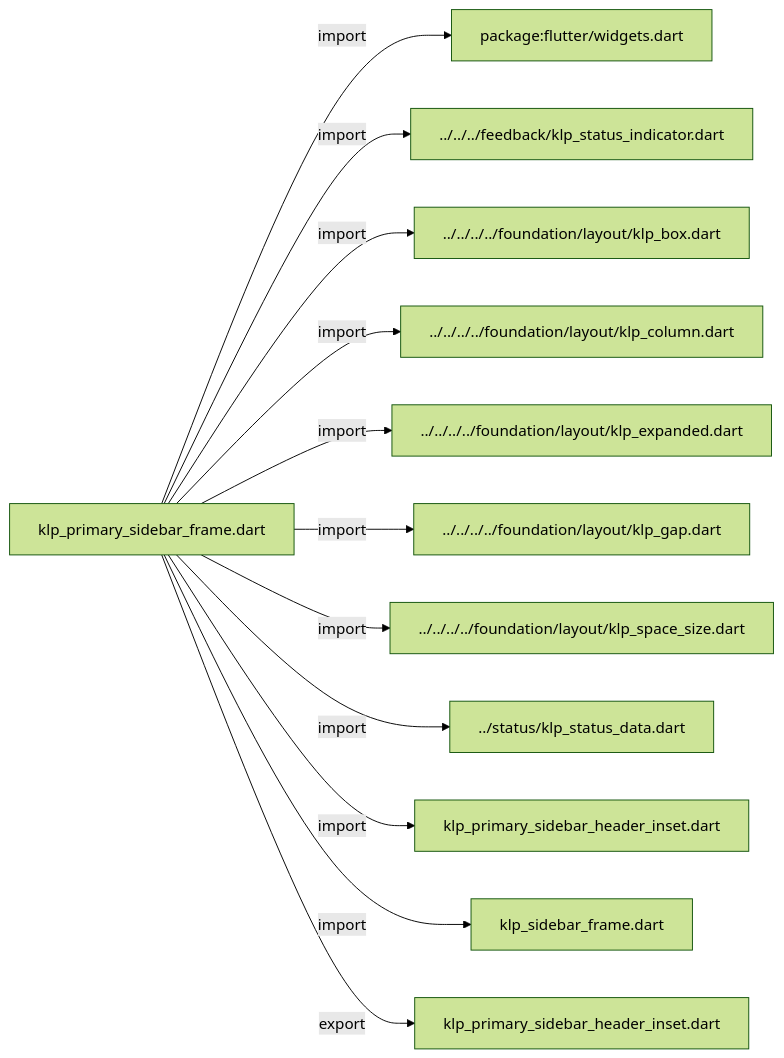
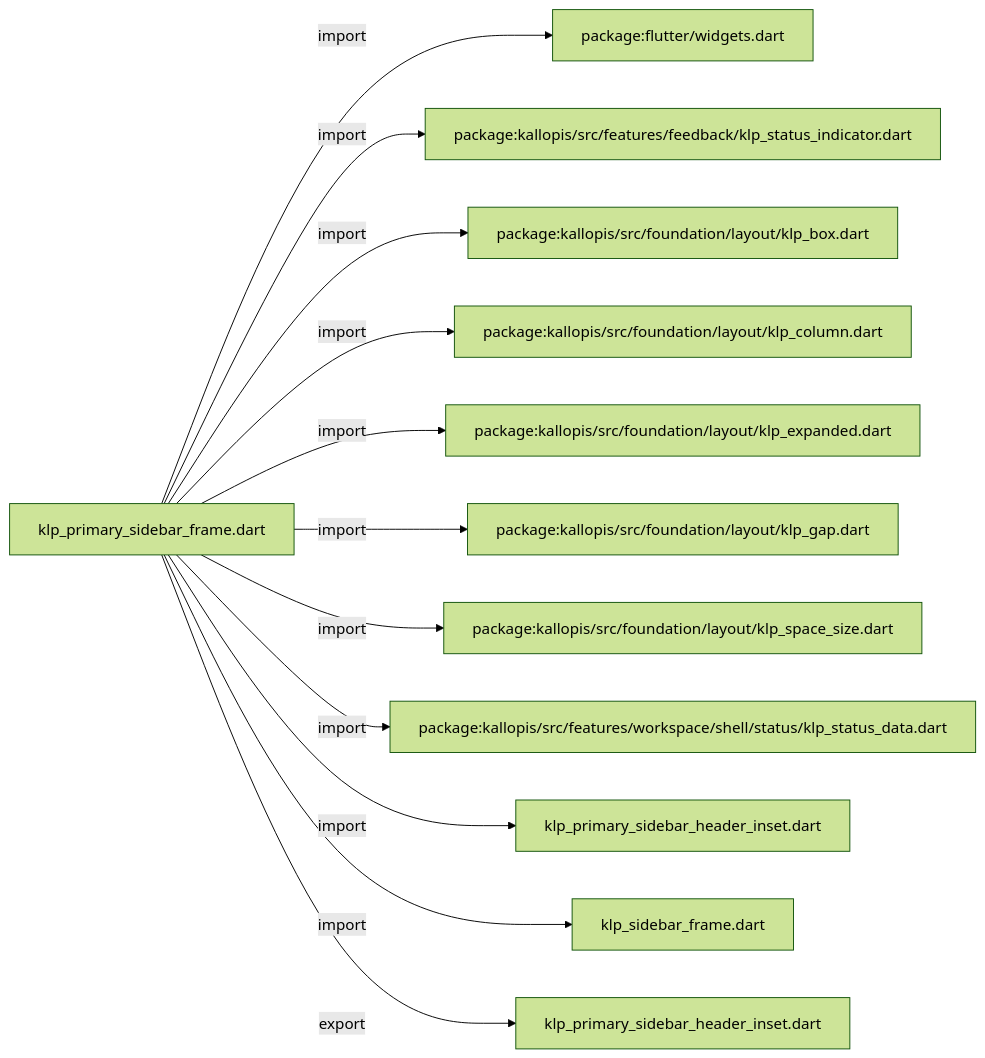
The first of 3 diagrams in docs/architecture/src/features/workspace/shell/sidebar/klp_primary_sidebar_frame.md (MiuDog/Kallopis), drawn with Mermaid (forest theme) before and after one commit. The commit also changed other lines of this file and 9688 other files, not shown here.

Commit message:
Prepare isolated Flow F2 peer baseline

````diff
--- a/docs/architecture/src/features/workspace/shell/sidebar/klp_primary_sidebar_frame.md
+++ b/docs/architecture/src/features/workspace/shell/sidebar/klp_primary_sidebar_frame.md
@@ -11,26 +11,26 @@
 ```mermaid
 flowchart LR
 	n0["klp_primary_sidebar_frame.dart"]
 	n1["package:flutter/widgets.dart"]
-	n2["../../../feedback/klp_status_indicator.dart"]
-	n3["../../../../foundation/layout/klp_box.dart"]
-	n4["../../../../foundation/layout/klp_column.dart"]
-	n5["../../../../foundation/layout/klp_expanded.dart"]
-	n6["../../../../foundation/layout/klp_gap.dart"]
-	n7["../../../../foundation/layout/klp_space_size.dart"]
-	n8["../status/klp_status_data.dart"]
+	n2["package:kallopis/src/features/feedback/klp_status_indicator.dart"]
+	n3["package:kallopis/src/foundation/layout/klp_box.dart"]
+	n4["package:kallopis/src/foundation/layout/klp_column.dart"]
+	n5["package:kallopis/src/foundation/layout/klp_expanded.dart"]
+	n6["package:kallopis/src/foundation/layout/klp_gap.dart"]
+	n7["package:kallopis/src/foundation/layout/klp_space_size.dart"]
+	n8["package:kallopis/src/features/workspace/shell/status/klp_status_data.dart"]
 	n9["klp_primary_sidebar_header_inset.dart"]
 	n10["klp_sidebar_frame.dart"]
 	n11["klp_primary_sidebar_header_inset.dart"]
 	n0 -->|"import"| n1
 	n0 -->|"import"| n2
 	n0 -->|"import"| n3
 	n0 -->|"import"| n4
 	n0 -->|"import"| n5
 	n0 -->|"import"| n6
 	n0 -->|"import"| n7
 	n0 -->|"import"| n8
 	n0 -->|"import"| n9
 	n0 -->|"import"| n10
 	n0 -->|"export"| n11
 ```
````
